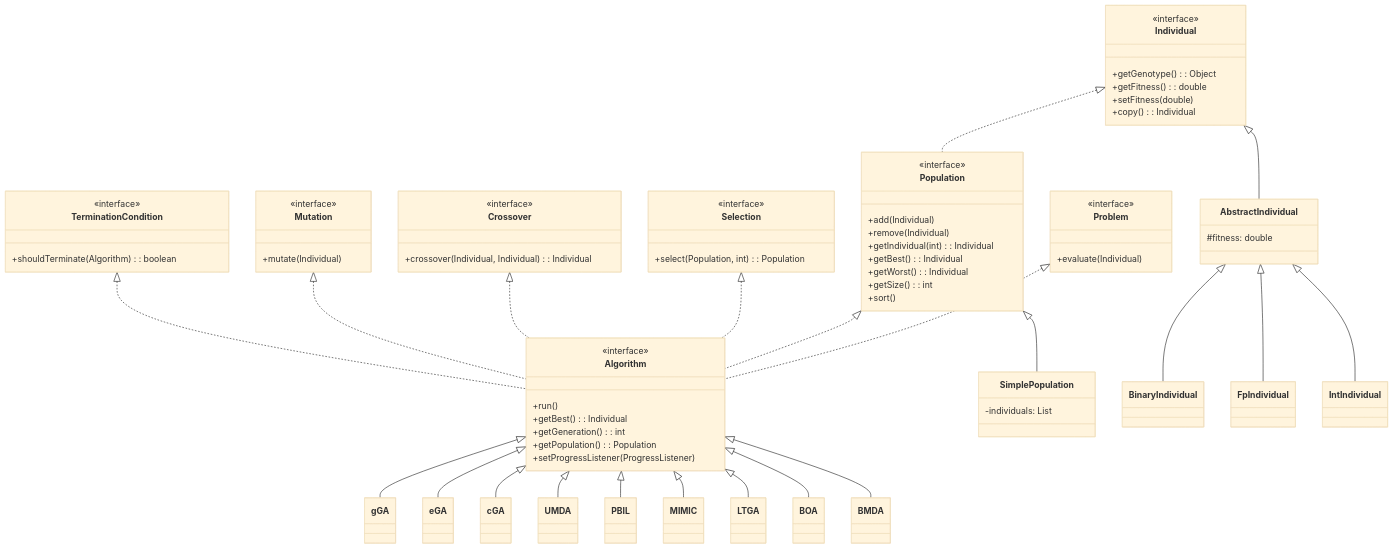
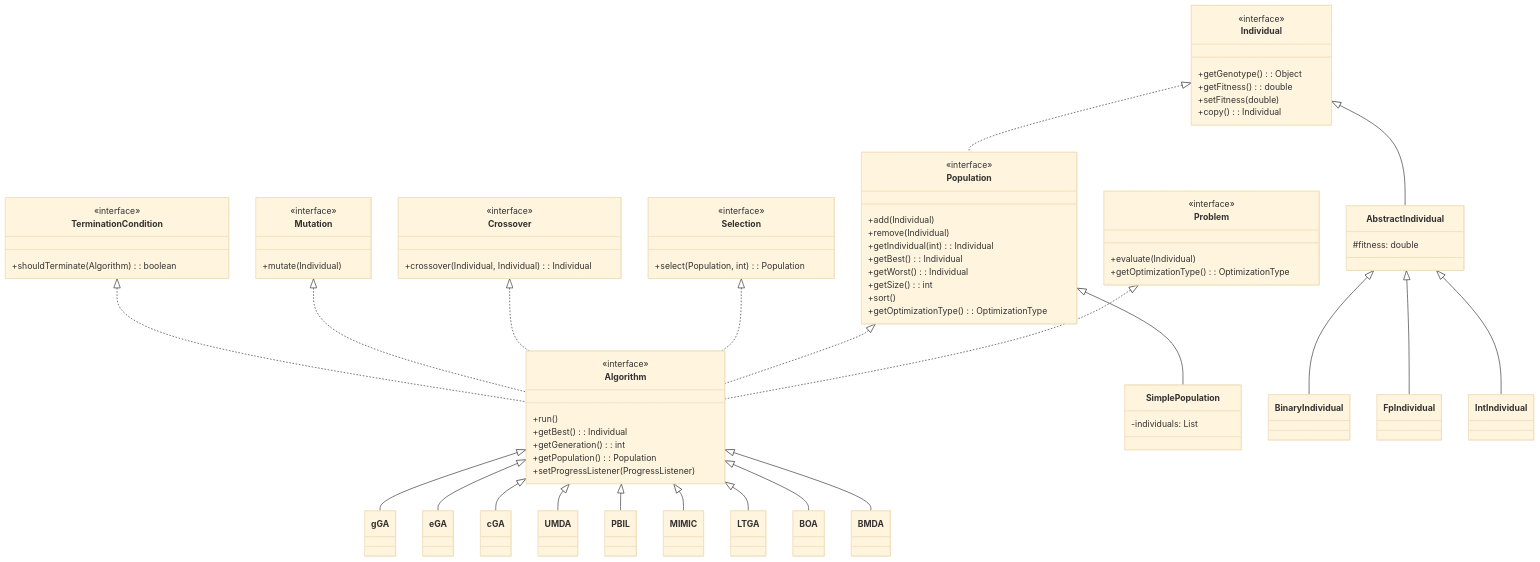
The first of 2 diagrams in docs/architecture.md (KarloKnezevic/EDAF), drawn with Mermaid (base theme) before and after one commit. The commit also changed 2 other files, not shown here.

Commit message:
docs: Update documentation for optimization feature
This commit updates the `README.md`, `docs/configuration.md`, and `docs/architecture.md` to reflect the new minimization/maximization feature.

The changes include:
- Documenting the new `optimization` property in the problem configuration.
- Updating the description of the problem constructor parameter handling.
- Updating the class diagram in the architecture documentation to include the new `getOptimizationType()` methods in the `Problem` and `Population` interfaces.

```diff
--- a/docs/architecture.md
+++ b/docs/architecture.md
@@ -32,6 +32,7 @@
     class Problem {
         <<interface>>
         +evaluate(Individual)
+        +getOptimizationType() : OptimizationType
     }
 
     class Individual {
@@ -51,6 +52,7 @@
         +getWorst() : Individual
         +getSize() : int
         +sort()
+        +getOptimizationType() : OptimizationType
     }
 
     class Selection {
```
